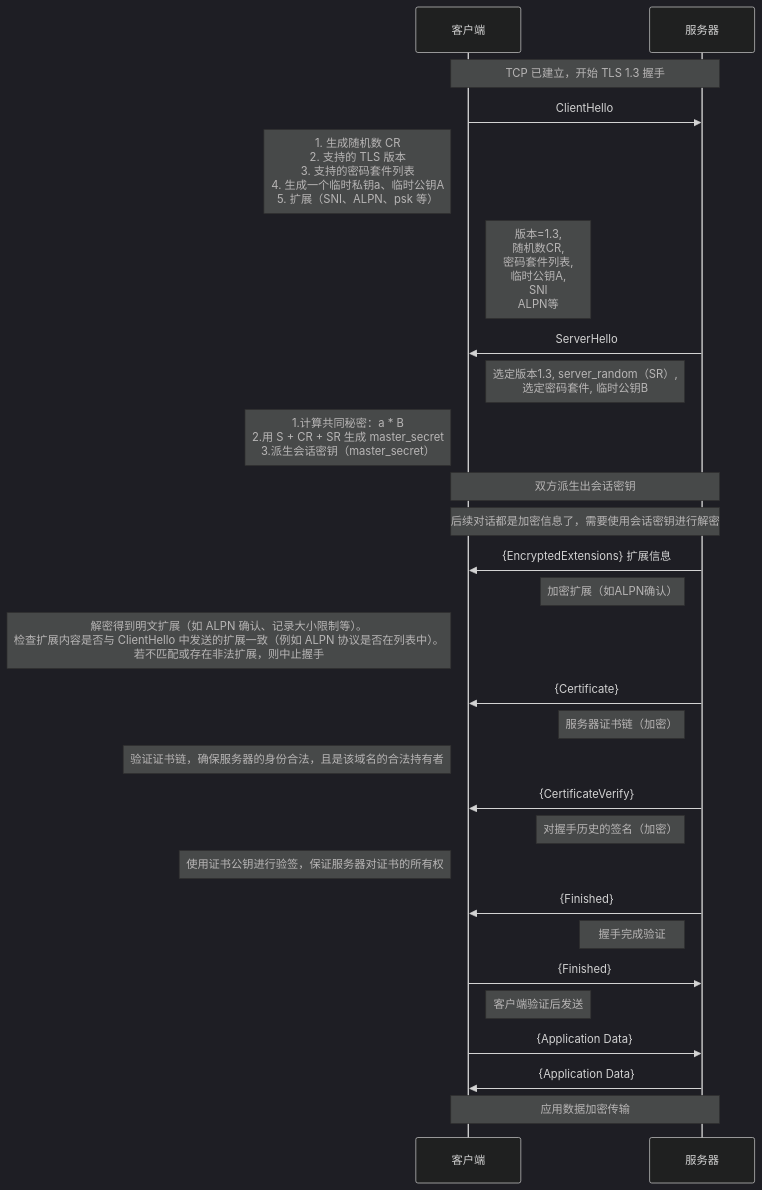
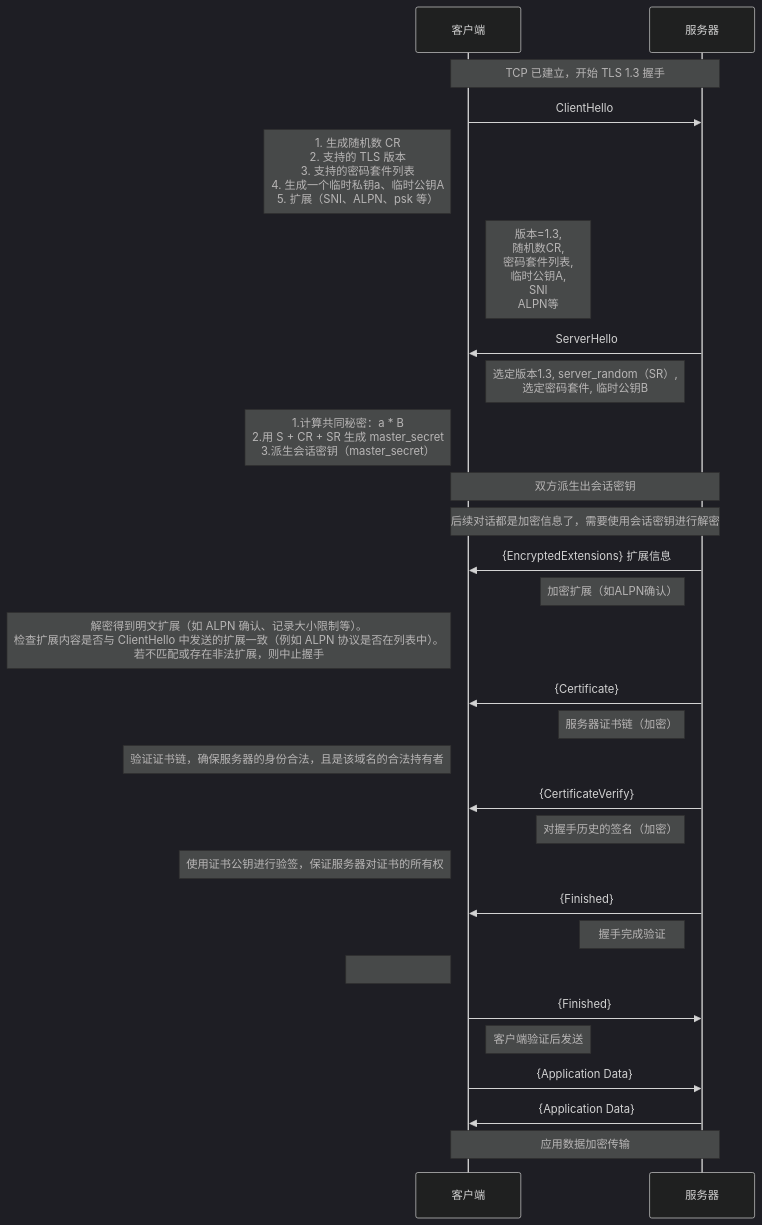
The diagram in all/TLS-1.3-通用.md (HY-10-8/iodraw-files), drawn with Mermaid (dark theme) before and after one commit.

Commit message:
2026-03-30 18:58:06 update

````diff
--- a/all/TLS-1.3-通用.md
+++ b/all/TLS-1.3-通用.md
@@ -1,41 +1,41 @@
 ```mermaid
 sequenceDiagram
     participant C as 客户端
     participant S as 服务器
 
     Note over C,S: TCP 已建立，开始 TLS 1.3 握手
 
     C->>S: ClientHello
     Note left of C: 1. 生成随机数 CR<br/> 2. 支持的 TLS 版本<br/> 3. 支持的密码套件列表<br/> 4. 生成一个临时私钥a、临时公钥A<br/> 5. 扩展（SNI、ALPN、psk 等）
     Note right of C: 版本=1.3,<br/> 随机数CR,<br/> 密码套件列表,<br/> 临时公钥A,<br/> SNI<br/> ALPN等
 
     S->>C: ServerHello
     Note left of S: 选定版本1.3, server_random（SR）,<br/> 选定密码套件, 临时公钥B
     Note left of C: 1.计算共同秘密：a * B<br/> 2.用 S + CR + SR 生成 master_secret<br/> 3.派生会话密钥（master_secret）
 
     Note over C,S: 双方派生出会话密钥
     Note over C,S: 后续对话都是加密信息了，需要使用会话密钥进行解密
 
     S->>C: {EncryptedExtensions} 扩展信息
     Note left of S: 加密扩展（如ALPN确认）
     Note left of C: 解密得到明文扩展（如 ALPN 确认、记录大小限制等）。<br/>检查扩展内容是否与 ClientHello 中发送的扩展一致（例如 ALPN 协议是否在列表中）。<br/> 若不匹配或存在非法扩展，则中止握手
 
     S->>C: {Certificate}
     Note left of S: 服务器证书链（加密）
     Note left of C: 验证证书链，确保服务器的身份合法，且是该域名的合法持有者
 
     S->>C: {CertificateVerify}
     Note left of S: 对握手历史的签名（加密）
     Note left of C: 使用证书公钥进行验签，保证服务器对证书的所有权
 
     S->>C: {Finished}
     Note left of S: 握手完成验证
-    
+    Note left of C: 
 
     C->>S: {Finished}
     Note right of C: 客户端验证后发送
 
     C->>S: {Application Data}
     S->>C: {Application Data}
     Note over C,S: 应用数据加密传输
 ```
````
